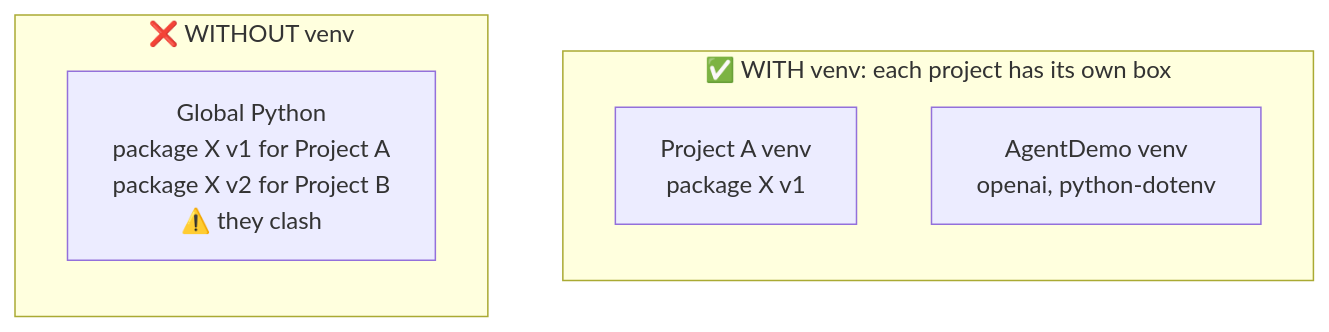
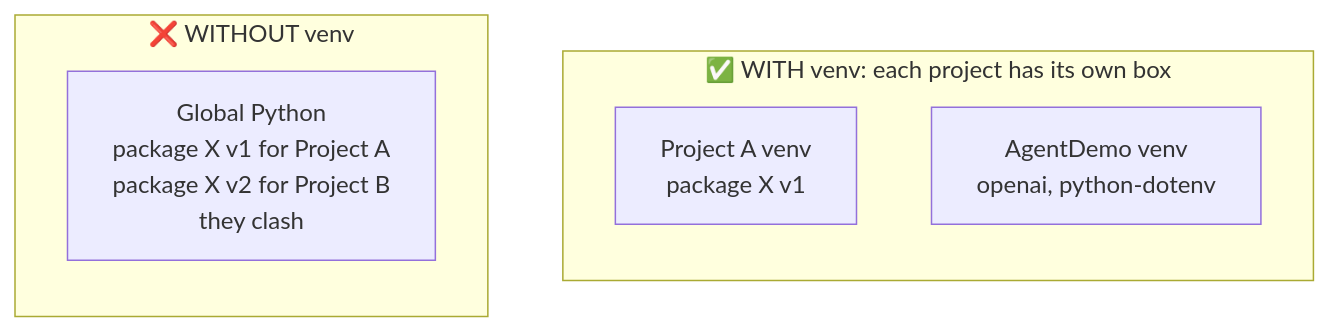
Before and after one commit to anandgaur22/ai-agent-python-demo: diagram 11 of 36 in README.md, drawn with Mermaid. The commit also changed other lines of this file, not shown here.

Commit message:
AI agent demo in Python with Ollama, Gemini and Groq

````diff
--- a/README.md
+++ b/README.md
@@ -531,11 +529,11 @@
 ```mermaid
 flowchart LR
   subgraph W["❌ WITHOUT venv"]
-    G["Global Python<br/>package X v1 for Project A<br/>package X v2 for Project B<br/>⚠️ they clash"]
+    G["Global Python<br/>package X v1 for Project A<br/>package X v2 for Project B<br/>they clash"]
   end
   subgraph V["✅ WITH venv: each project has its own box"]
     A["Project A venv<br/>package X v1"]
     B["AgentDemo venv<br/>openai, python-dotenv"]
   end
   W ~~~ V
 ```
````
